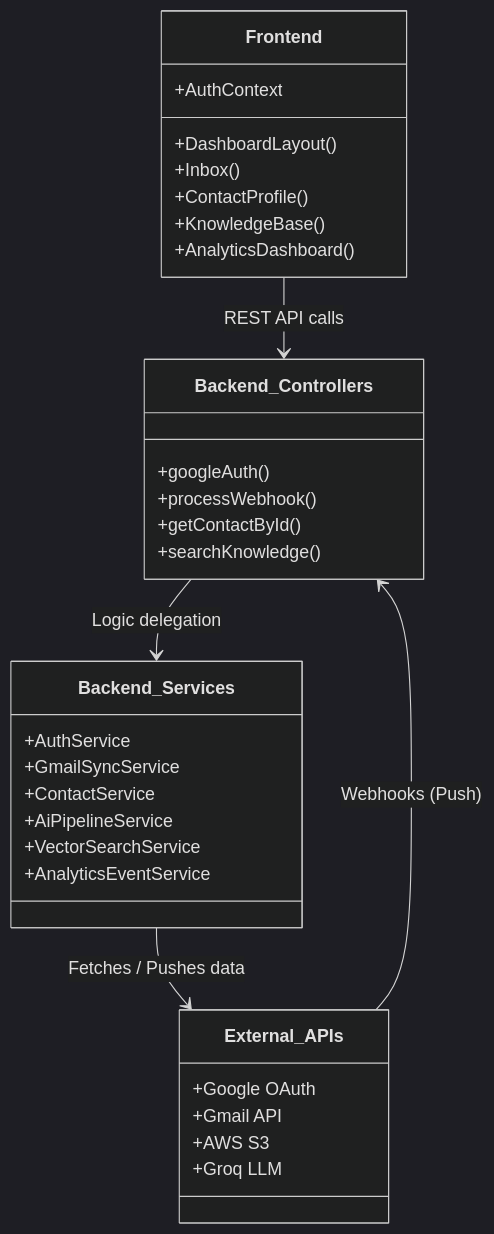
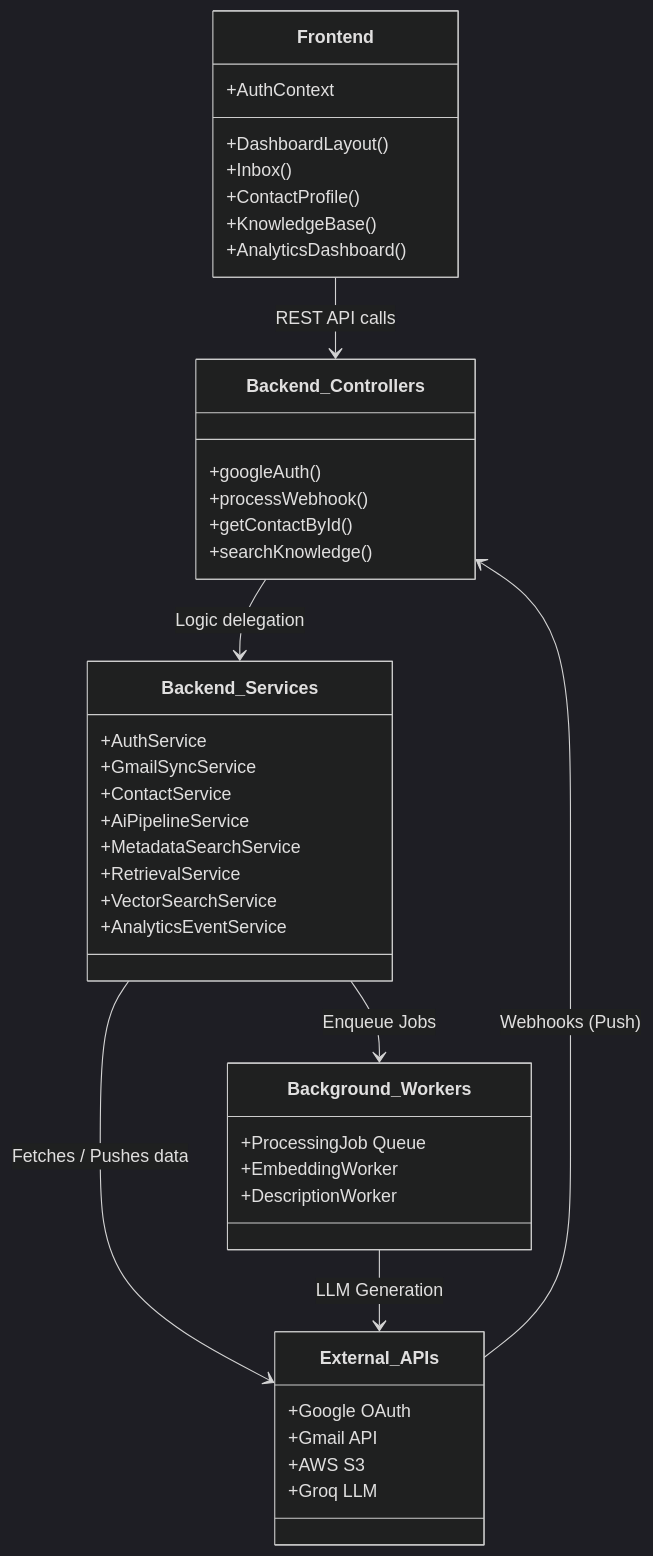
Before and after one commit to Lancerhawk/MailBot: the second of 6 diagrams in README.md, drawn with Mermaid (dark theme). The commit also changed other lines of this file and 24 other files, not shown here.

````diff
--- a/README.md
+++ b/README.md
@@ -100,35 +119,44 @@
 ```mermaid
 classDiagram
     class Frontend {
         +AuthContext
         +DashboardLayout()
         +Inbox()
         +ContactProfile()
         +KnowledgeBase()
         +AnalyticsDashboard()
     }
     class Backend_Controllers {
         +googleAuth()
         +processWebhook()
         +getContactById()
         +searchKnowledge()
     }
     class Backend_Services {
         +AuthService
         +GmailSyncService
         +ContactService
         +AiPipelineService
+        +MetadataSearchService
+        +RetrievalService
         +VectorSearchService
         +AnalyticsEventService
+    }
+    class Background_Workers {
+        +ProcessingJob Queue
+        +EmbeddingWorker
+        +DescriptionWorker
     }
     class External_APIs {
         +Google OAuth
         +Gmail API
         +AWS S3
         +Groq LLM
     }
     Frontend --> Backend_Controllers : REST API calls
     Backend_Controllers --> Backend_Services : Logic delegation
+    Backend_Services --> Background_Workers : Enqueue Jobs
     Backend_Services --> External_APIs : Fetches / Pushes data
+    Background_Workers --> External_APIs : LLM Generation
     External_APIs --> Backend_Controllers : Webhooks (Push)
 ```
````
